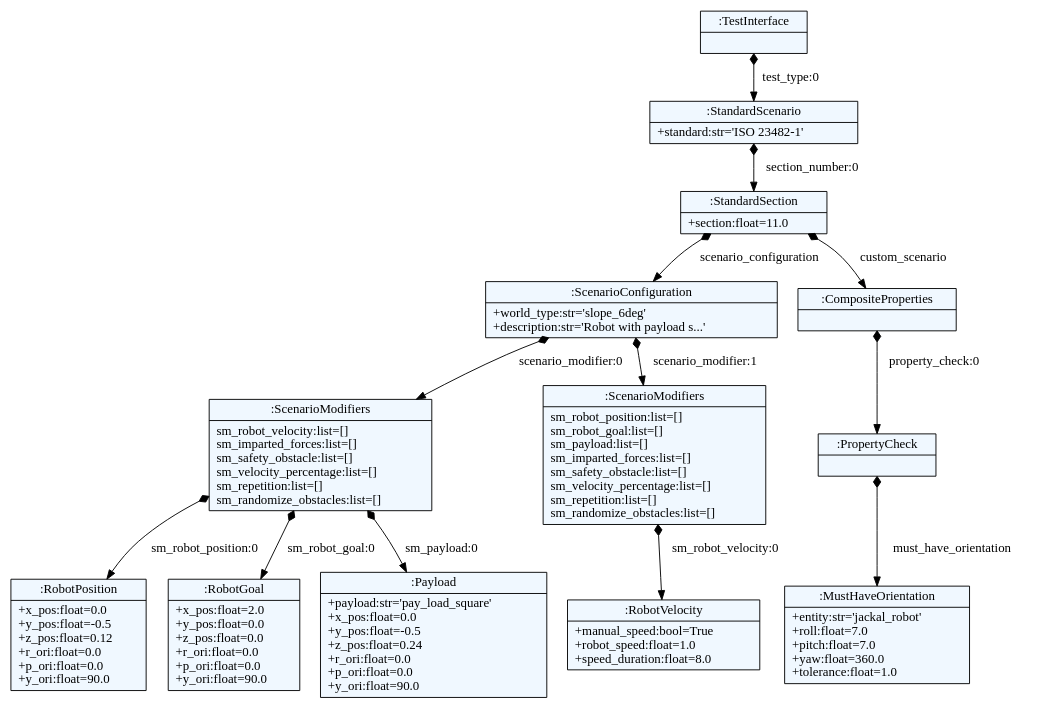
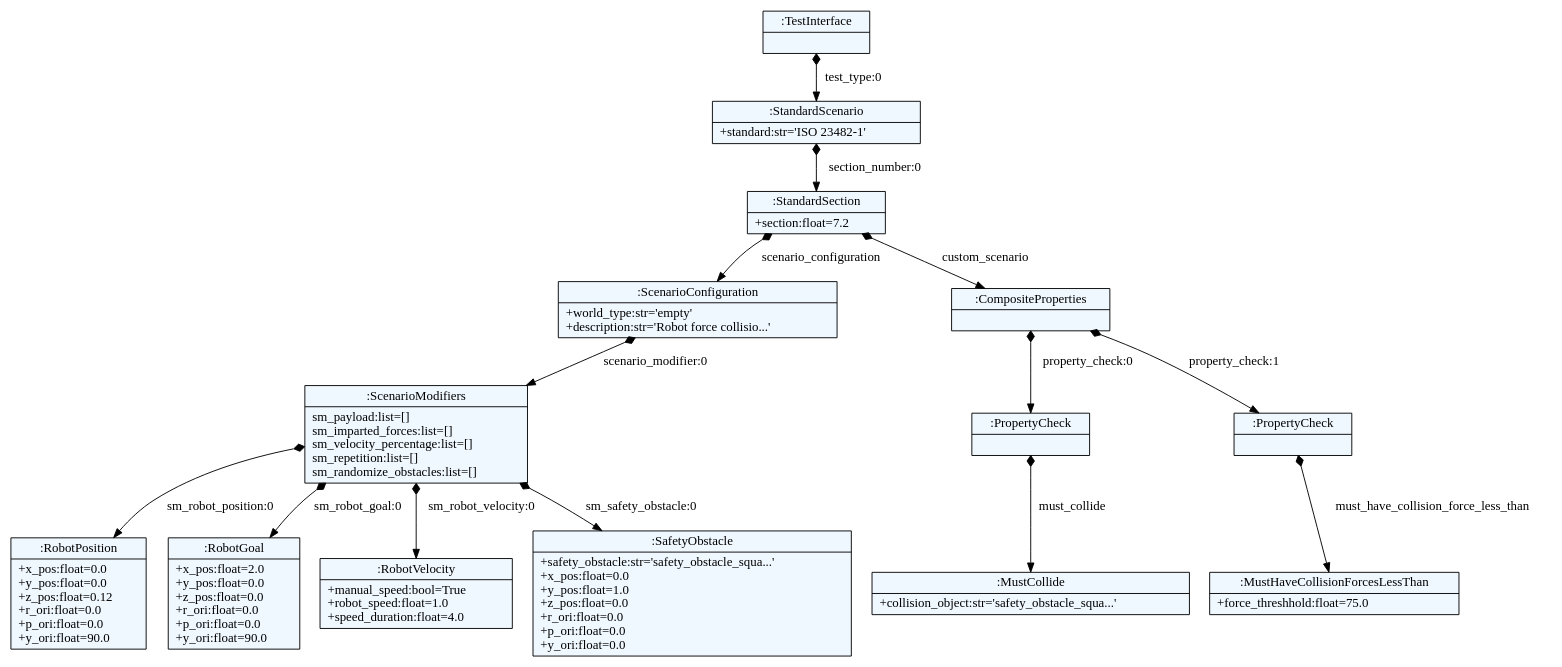
The diagram in src/property_based_tester/property_based_language_generation/test_definitions.dot (SOHAIL1996/property_based_tester), drawn with Graphviz before and after one commit. The commit also changed 6 other files, not shown here.

Commit message:
Update on ISO 23482-1 7.2 goal position

```diff
--- a/src/property_based_tester/property_based_language_generation/test_definitions.dot
+++ b/src/property_based_tester/property_based_language_generation/test_definitions.dot
@@ -1,40 +1,42 @@
 
     digraph textX {
     fontname = "Bitstream Vera Sans"
     fontsize = 8
     node[
         shape=record,
         style=filled,
         fillcolor=aliceblue
     ]
     nodesep = 0.3
     edge[dir=black,arrowtail=empty]
 
 
-139774511078464 -> 139774511076832 [label="test_type:0" arrowtail=diamond dir=both]
-139774511076832 -> 139774511076976 [label="section_number:0" arrowtail=diamond dir=both]
-139774511076976 -> 139774511077456 [label="scenario_configuration" arrowtail=diamond dir=both]
-139774511077456 -> 139774511077792 [label="scenario_modifier:0" arrowtail=diamond dir=both]
-139774511077792 -> 139774511078752 [label="sm_robot_position:0" arrowtail=diamond dir=both]
-139774511078752[label="{:RobotPosition|+x_pos:float=0.0\l+y_pos:float=-0.5\l+z_pos:float=0.12\l+r_ori:float=0.0\l+p_ori:float=0.0\l+y_ori:float=90.0\l}"]
-139774511077792 -> 139774511079376 [label="sm_robot_goal:0" arrowtail=diamond dir=both]
-139774511079376[label="{:RobotGoal|+x_pos:float=2.0\l+y_pos:float=0.0\l+z_pos:float=0.0\l+r_ori:float=0.0\l+p_ori:float=0.0\l+y_ori:float=90.0\l}"]
-139774511077792 -> 139774511078608 [label="sm_payload:0" arrowtail=diamond dir=both]
-139774511078608[label="{:Payload|+payload:str='pay_load_square'\l+x_pos:float=0.0\l+y_pos:float=-0.5\l+z_pos:float=0.24\l+r_ori:float=0.0\l+p_ori:float=0.0\l+y_ori:float=90.0\l}"]
-139774511077792[label="{:ScenarioModifiers|sm_robot_velocity:list=[]\lsm_imparted_forces:list=[]\lsm_safety_obstacle:list=[]\lsm_velocity_percentage:list=[]\lsm_repetition:list=[]\lsm_randomize_obstacles:list=[]\l}"]
-139774511077456 -> 139774511077744 [label="scenario_modifier:1" arrowtail=diamond dir=both]
-139774511077744 -> 139774511024544 [label="sm_robot_velocity:0" arrowtail=diamond dir=both]
-139774511024544[label="{:RobotVelocity|+manual_speed:bool=True\l+robot_speed:float=1.0\l+speed_duration:float=8.0\l}"]
-139774511077744[label="{:ScenarioModifiers|sm_robot_position:list=[]\lsm_robot_goal:list=[]\lsm_payload:list=[]\lsm_imparted_forces:list=[]\lsm_safety_obstacle:list=[]\lsm_velocity_percentage:list=[]\lsm_repetition:list=[]\lsm_randomize_obstacles:list=[]\l}"]
-139774511077456[label="{:ScenarioConfiguration|+world_type:str='slope_6deg'\l+description:str='Robot with payload s...'\l}"]
-139774511076976 -> 139774511077408 [label="custom_scenario" arrowtail=diamond dir=both]
-139774511077408 -> 139774510956400 [label="property_check:0" arrowtail=diamond dir=both]
-139774510956400 -> 139774510953424 [label="must_have_orientation" arrowtail=diamond dir=both]
-139774510953424[label="{:MustHaveOrientation|+entity:str='jackal_robot'\l+roll:float=7.0\l+pitch:float=7.0\l+yaw:float=360.0\l+tolerance:float=1.0\l}"]
-139774510956400[label="{:PropertyCheck|}"]
-139774511077408[label="{:CompositeProperties|}"]
-139774511076976[label="{:StandardSection|+section:float=11.0\l}"]
-139774511076832[label="{:StandardScenario|+standard:str='ISO 23482-1'\l}"]
-139774511078464[label="{:TestInterface|}"]
+140522623145968 -> 140522623145584 [label="test_type:0" arrowtail=diamond dir=both]
+140522623145584 -> 140522623144816 [label="section_number:0" arrowtail=diamond dir=both]
+140522623144816 -> 140522623144336 [label="scenario_configuration" arrowtail=diamond dir=both]
+140522623144336 -> 140522623144192 [label="scenario_modifier:0" arrowtail=diamond dir=both]
+140522623144192 -> 140522623265280 [label="sm_robot_position:0" arrowtail=diamond dir=both]
+140522623265280[label="{:RobotPosition|+x_pos:float=0.0\l+y_pos:float=0.0\l+z_pos:float=0.12\l+r_ori:float=0.0\l+p_ori:float=0.0\l+y_ori:float=90.0\l}"]
+140522623144192 -> 140522623266048 [label="sm_robot_goal:0" arrowtail=diamond dir=both]
+140522623266048[label="{:RobotGoal|+x_pos:float=2.0\l+y_pos:float=0.0\l+z_pos:float=0.0\l+r_ori:float=0.0\l+p_ori:float=0.0\l+y_ori:float=90.0\l}"]
+140522623144192 -> 140522623266096 [label="sm_robot_velocity:0" arrowtail=diamond dir=both]
+140522623266096[label="{:RobotVelocity|+manual_speed:bool=True\l+robot_speed:float=1.0\l+speed_duration:float=4.0\l}"]
+140522623144192 -> 140522623265760 [label="sm_safety_obstacle:0" arrowtail=diamond dir=both]
+140522623265760[label="{:SafetyObstacle|+safety_obstacle:str='safety_obstacle_squa...'\l+x_pos:float=0.0\l+y_pos:float=1.0\l+z_pos:float=0.0\l+r_ori:float=0.0\l+p_ori:float=0.0\l+y_ori:float=0.0\l}"]
+140522623144192[label="{:ScenarioModifiers|sm_payload:list=[]\lsm_imparted_forces:list=[]\lsm_velocity_percentage:list=[]\lsm_repetition:list=[]\lsm_randomize_obstacles:list=[]\l}"]
+140522623144336[label="{:ScenarioConfiguration|+world_type:str='empty'\l+description:str='Robot force collisio...'\l}"]
+140522623144816 -> 140522623144000 [label="custom_scenario" arrowtail=diamond dir=both]
+140522623144000 -> 140522623265808 [label="property_check:0" arrowtail=diamond dir=both]
+140522623265808 -> 140522623264992 [label="must_collide" arrowtail=diamond dir=both]
+140522623264992[label="{:MustCollide|+collision_object:str='safety_obstacle_squa...'\l}"]
+140522623265808[label="{:PropertyCheck|}"]
+140522623144000 -> 140522623264944 [label="property_check:1" arrowtail=diamond dir=both]
+140522623264944 -> 140522623264704 [label="must_have_collision_force_less_than" arrowtail=diamond dir=both]
+140522623264704[label="{:MustHaveCollisionForcesLessThan|+force_threshhold:float=75.0\l}"]
+140522623264944[label="{:PropertyCheck|}"]
+140522623144000[label="{:CompositeProperties|}"]
+140522623144816[label="{:StandardSection|+section:float=7.2\l}"]
+140522623145584[label="{:StandardScenario|+standard:str='ISO 23482-1'\l}"]
+140522623145968[label="{:TestInterface|}"]
 
 }
```
